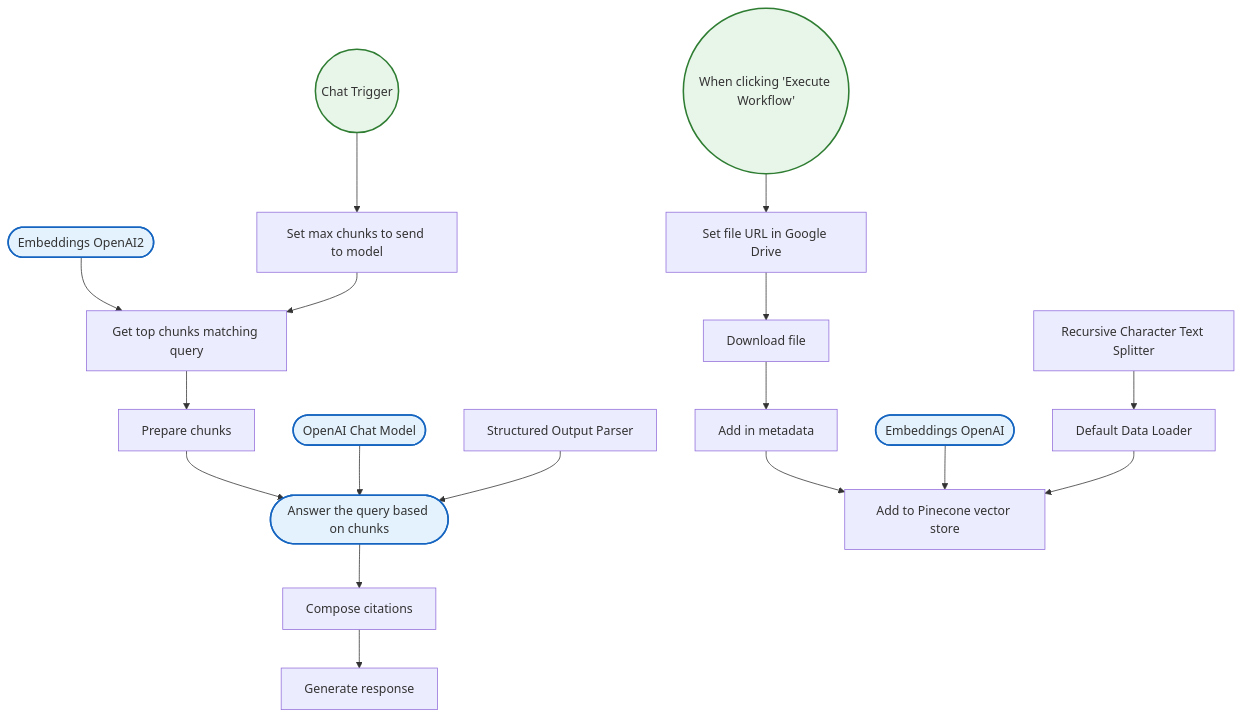
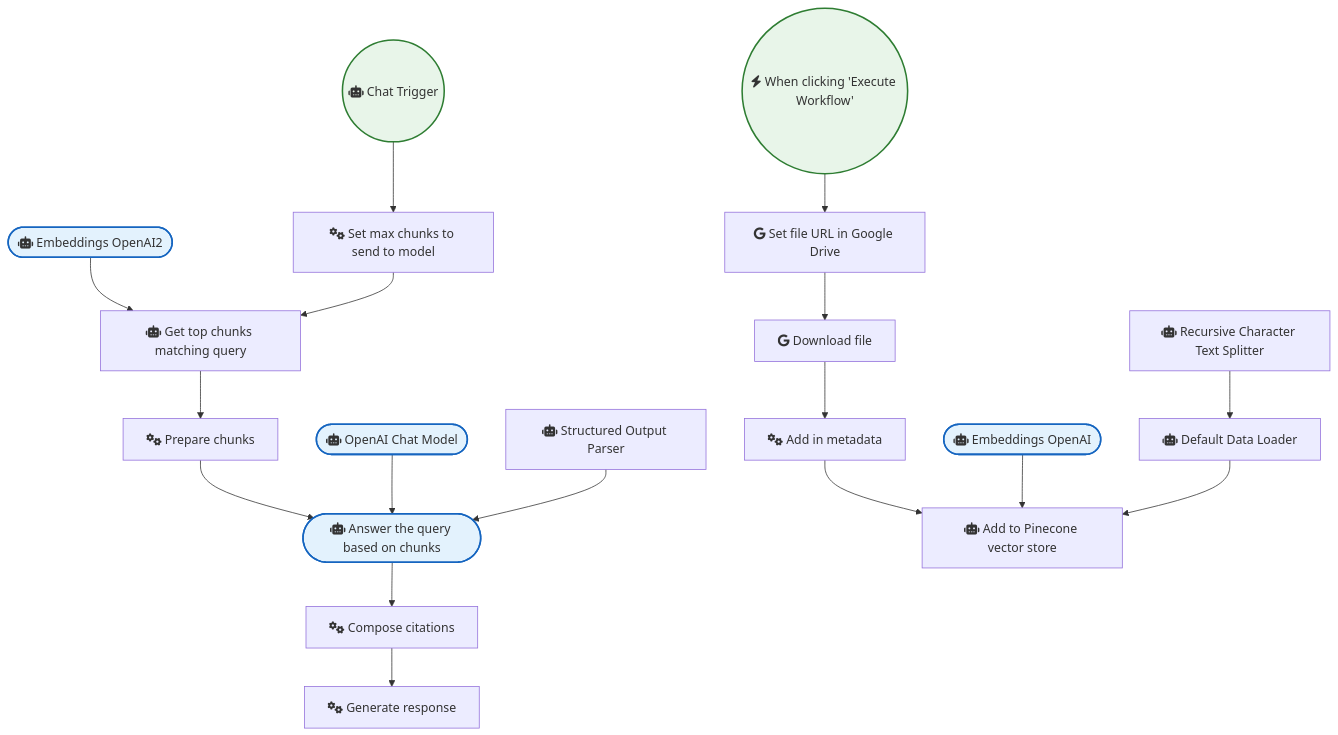
One commit to sreyash3105/N8N-DEMO-AUTOMATIONS changed the diagram in PDF_and_Document_Processing/Chat with Pdf Docs Using Ai Quoting Sources.md. Above: the diagram before and after it, drawn with Mermaid. The commit also changed 291 other files, not shown here.

````diff
--- a/PDF_and_Document_Processing/Chat with Pdf Docs Using Ai Quoting Sources.md
+++ b/PDF_and_Document_Processing/Chat with Pdf Docs Using Ai Quoting Sources.md
@@ -1,42 +1,42 @@
 ```mermaid
 graph TD
     classDef trigger fill:#e8f5e9,stroke:#2e7d32,stroke-width:2px;
     classDef ai fill:#e3f2fd,stroke:#1565c0,stroke-width:2px;
     classDef logic fill:#fff3e0,stroke:#ef6c00,stroke-width:2px;
 
-    When_clicking__Execute_Workflow_(("When clicking 'Execute Workflow'")):::trigger
-    Embeddings_OpenAI(["Embeddings OpenAI"]):::ai
-    Default_Data_Loader["Default Data Loader"]
-    Set_file_URL_in_Google_Drive["Set file URL in Google Drive"]
-    Add_in_metadata["Add in metadata"]
-    Download_file["Download file"]
-    Chat_Trigger(("Chat Trigger")):::trigger
-    Prepare_chunks["Prepare chunks"]
-    Embeddings_OpenAI2(["Embeddings OpenAI2"]):::ai
-    OpenAI_Chat_Model(["OpenAI Chat Model"]):::ai
-    Set_max_chunks_to_send_to_model["Set max chunks to send to model"]
-    Structured_Output_Parser["Structured Output Parser"]
-    Compose_citations["Compose citations"]
-    Generate_response["Generate response"]
-    Answer_the_query_based_on_chunks(["Answer the query based on chunks"]):::ai
-    Get_top_chunks_matching_query["Get top chunks matching query"]
-    Add_to_Pinecone_vector_store["Add to Pinecone vector store"]
-    Recursive_Character_Text_Splitter["Recursive Character Text Splitter"]
+    When_clicking__Execute_Workflow_(("fas:fa-bolt When clicking 'Execute Workflow'")):::trigger
+    Embeddings_OpenAI(["fas:fa-robot Embeddings OpenAI"]):::ai
+    Default_Data_Loader["fas:fa-robot Default Data Loader"]
+    Set_file_URL_in_Google_Drive["fab:fa-google Set file URL in Google Drive"]
+    Add_in_metadata["fas:fa-cogs Add in metadata"]
+    Download_file["fab:fa-google Download file"]
+    Chat_Trigger(("fas:fa-robot Chat Trigger")):::trigger
+    Prepare_chunks["fas:fa-cogs Prepare chunks"]
+    Embeddings_OpenAI2(["fas:fa-robot Embeddings OpenAI2"]):::ai
+    OpenAI_Chat_Model(["fas:fa-robot OpenAI Chat Model"]):::ai
+    Set_max_chunks_to_send_to_model["fas:fa-cogs Set max chunks to send to model"]
+    Structured_Output_Parser["fas:fa-robot Structured Output Parser"]
+    Compose_citations["fas:fa-cogs Compose citations"]
+    Generate_response["fas:fa-cogs Generate response"]
+    Answer_the_query_based_on_chunks(["fas:fa-robot Answer the query based on chunks"]):::ai
+    Get_top_chunks_matching_query["fas:fa-robot Get top chunks matching query"]
+    Add_to_Pinecone_vector_store["fas:fa-robot Add to Pinecone vector store"]
+    Recursive_Character_Text_Splitter["fas:fa-robot Recursive Character Text Splitter"]
 
     Chat_Trigger --> Set_max_chunks_to_send_to_model
     Download_file --> Add_in_metadata
     Prepare_chunks --> Answer_the_query_based_on_chunks
     Add_in_metadata --> Add_to_Pinecone_vector_store
     Compose_citations --> Generate_response
     Embeddings_OpenAI --> Add_to_Pinecone_vector_store
     OpenAI_Chat_Model --> Answer_the_query_based_on_chunks
     Embeddings_OpenAI2 --> Get_top_chunks_matching_query
     Default_Data_Loader --> Add_to_Pinecone_vector_store
     Structured_Output_Parser --> Answer_the_query_based_on_chunks
     Set_file_URL_in_Google_Drive --> Download_file
     Get_top_chunks_matching_query --> Prepare_chunks
     Set_max_chunks_to_send_to_model --> Get_top_chunks_matching_query
     Answer_the_query_based_on_chunks --> Compose_citations
     When_clicking__Execute_Workflow_ --> Set_file_URL_in_Google_Drive
     Recursive_Character_Text_Splitter --> Default_Data_Loader
 ```
````
